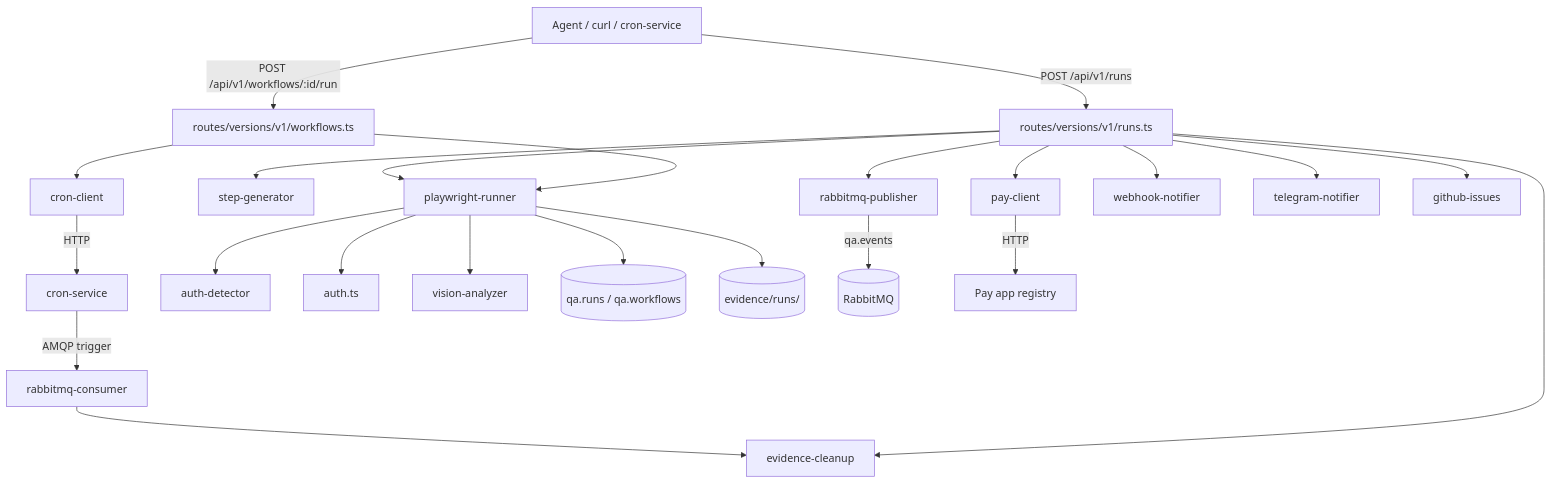
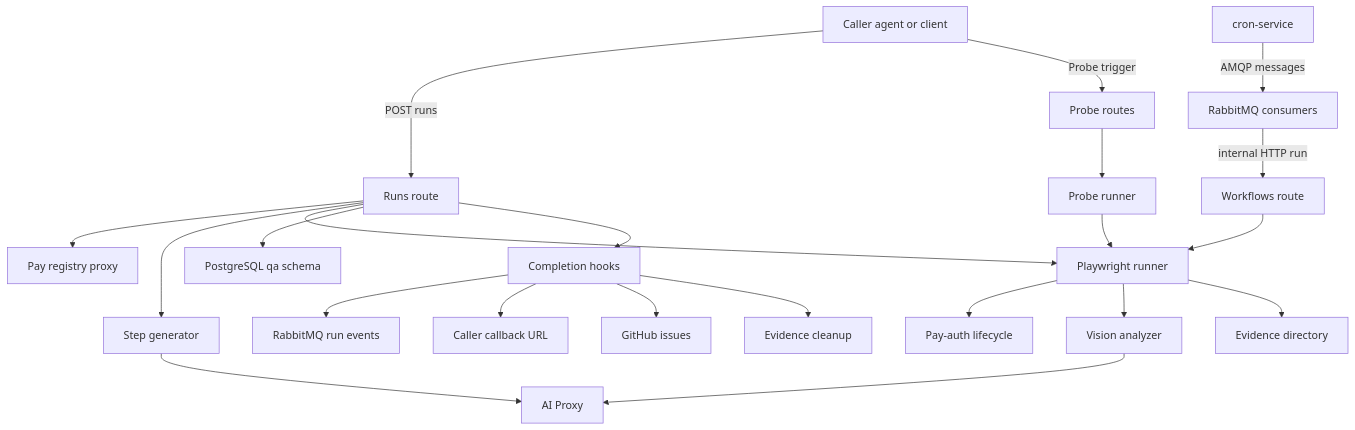
One commit to Jeffrey-Keyser/project-wiki changed the diagram in content/repos/Jeffrey-Keyser-qa-patrol/Architecture.md. Above: the diagram before and after it, drawn with Mermaid. The commit also changed other lines of this file and 150 other files, not shown here.

````diff
--- a/content/repos/Jeffrey-Keyser-qa-patrol/Architecture.md
+++ b/content/repos/Jeffrey-Keyser-qa-patrol/Architecture.md
@@ -12,29 +31,24 @@
 ```mermaid
 flowchart TD
-  Caller[Agent / curl / cron-service] -->|POST /api/v1/runs| RunsRoute[routes/versions/v1/runs.ts]
-  Caller -->|POST /api/v1/workflows/:id/run| WorkflowsRoute[routes/versions/v1/workflows.ts]
-  CronSvc[cron-service] -->|AMQP trigger| Consumer[rabbitmq-consumer]
-  Consumer --> Cleanup[evidence-cleanup]
-
-  RunsRoute --> PayClient[pay-client]
-  RunsRoute --> StepGen[step-generator]
-  RunsRoute --> Runner[playwright-runner]
-  WorkflowsRoute --> CronClient[cron-client]
-  WorkflowsRoute --> Runner
-
-  Runner --> AuthDet[auth-detector]
-  Runner --> Auth[auth.ts]
-  Runner --> Vision[vision-analyzer]
-  Runner --> DAL[(qa.runs / qa.workflows)]
-  Runner --> Disk[(evidence/runs/)]
-
-  RunsRoute --> Publisher[rabbitmq-publisher]
-  RunsRoute --> Webhook[webhook-notifier]
-  RunsRoute --> Telegram[telegram-notifier]
-  RunsRoute --> GHIssues[github-issues]
-  RunsRoute --> Cleanup
-
-  Publisher -->|qa.events| RMQ[(RabbitMQ)]
-  PayClient -->|HTTP| Pay[Pay app registry]
-  CronClient -->|HTTP| CronSvc
+  Caller["Caller agent or client"] -->|"POST runs"| RunsRoute["Runs route"]
+  Caller -->|"Probe trigger"| ProbeRoute["Probe routes"]
+  Cron["cron-service"] -->|"AMQP messages"| Consumer["RabbitMQ consumers"]
+  Consumer -->|"internal HTTP run"| WorkflowRoute["Workflows route"]
+  WorkflowRoute --> Runner["Playwright runner"]
+  RunsRoute --> PayReg["Pay registry proxy"]
+  RunsRoute --> StepGen["Step generator"]
+  RunsRoute --> Runner
+  RunsRoute --> Db["PostgreSQL qa schema"]
+  ProbeRoute --> ProbeRunner["Probe runner"]
+  ProbeRunner --> Runner
+  Runner --> AuthFlow["Pay-auth lifecycle"]
+  Runner --> Vision["Vision analyzer"]
+  Runner --> Evidence["Evidence directory"]
+  RunsRoute --> Hooks["Completion hooks"]
+  Hooks --> Events["RabbitMQ run events"]
+  Hooks --> Callback["Caller callback URL"]
+  Hooks --> Issues["GitHub issues"]
+  Hooks --> Cleanup["Evidence cleanup"]
+  StepGen --> AiProxy["AI Proxy"]
+  Vision --> AiProxy
 ```
````
